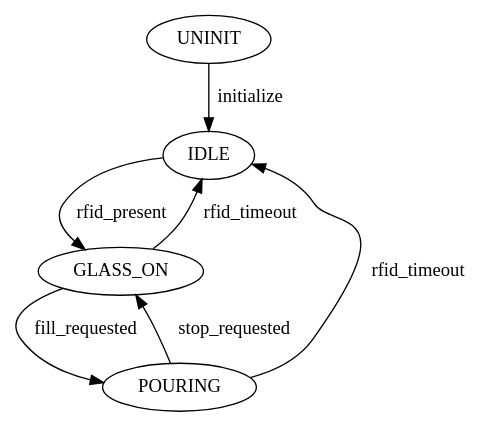
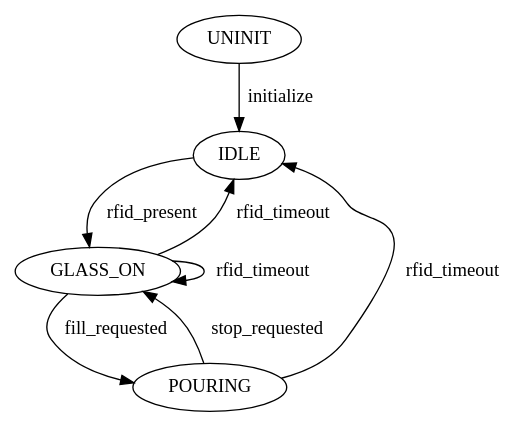
One commit to gluzzati/juicer changed the diagram in docs/state_machine.dot. Above: the diagram before and after it, drawn with Graphviz.

Commit message:
updated statemachine diagram, deleted qml file

```diff
--- a/docs/state_machine.dot
+++ b/docs/state_machine.dot
@@ -1,13 +1,14 @@
 digraph {
     UNINIT
     IDLE
     GLASS_ON
     POURING
  
     UNINIT -> IDLE [label="initialize"]
     IDLE -> GLASS_ON [label="rfid_present"]
     GLASS_ON -> IDLE [label="rfid_timeout"]
+    GLASS_ON -> GLASS_ON [label="rfid_timeout"]
     GLASS_ON -> POURING [label="fill_requested"]
     POURING -> GLASS_ON [label="stop_requested"]
     POURING -> IDLE [label="rfid_timeout"]
 }
```
